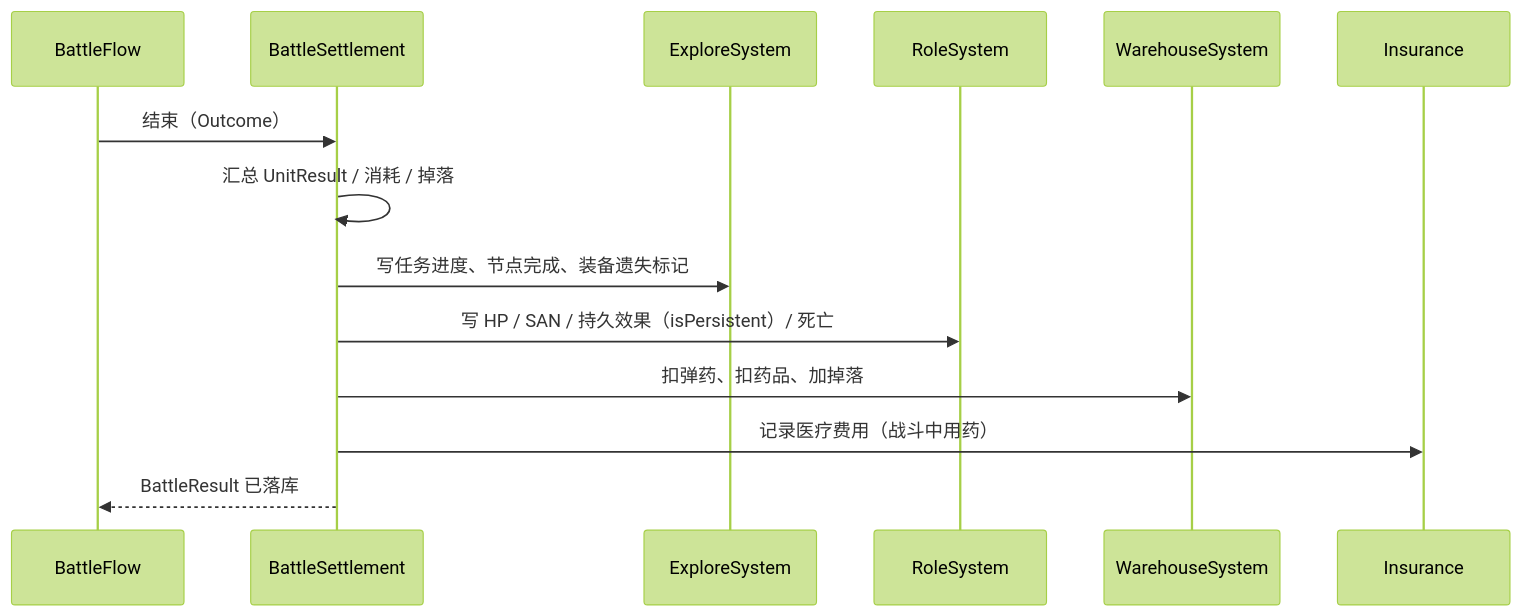
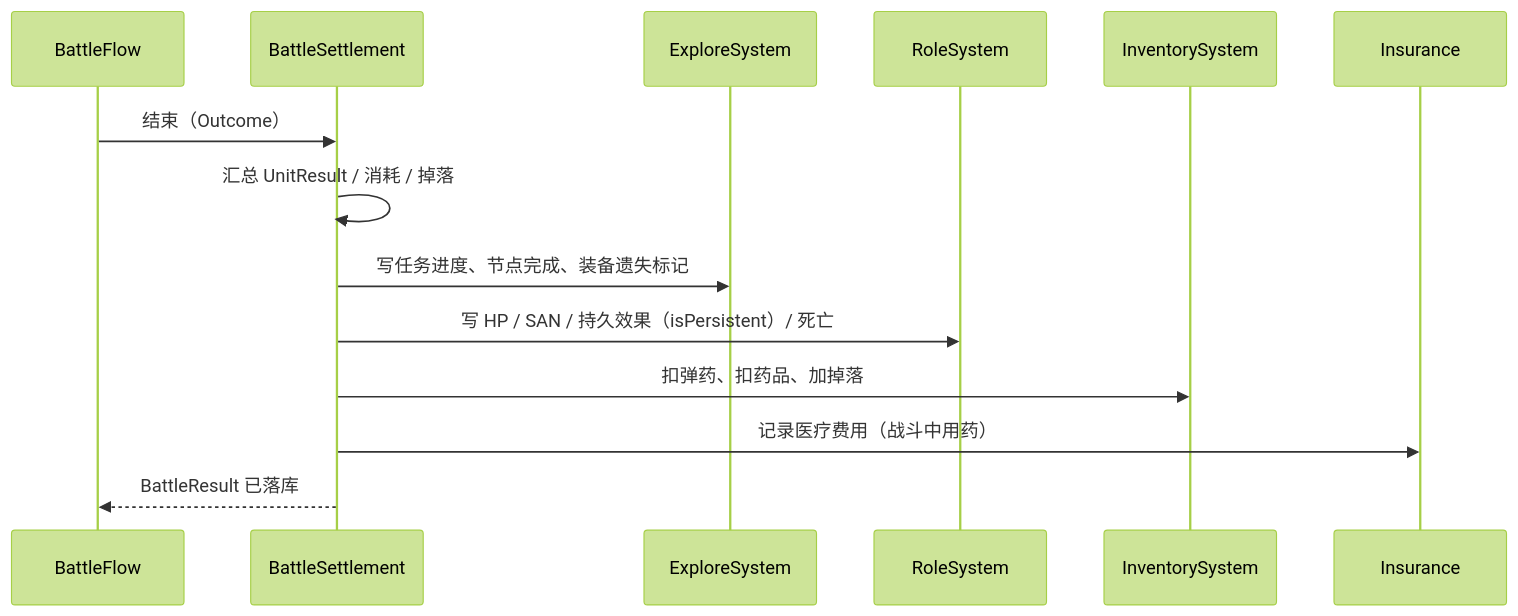
The fourth of 4 diagrams in Docs/战斗系统实现计划.md (benzuowudi/Anomaly-Investigation-Agency), drawn with Mermaid (forest theme) before and after one commit. The commit also changed other lines of this file and 309 other files, not shown here.

````diff
--- a/Docs/战斗系统实现计划.md
+++ b/Docs/战斗系统实现计划.md
@@ -582,17 +582,17 @@
 ```mermaid
 sequenceDiagram
     participant F as BattleFlow
     participant S as BattleSettlement
     participant E as ExploreSystem
     participant R as RoleSystem
-    participant W as WarehouseSystem
+    participant W as InventorySystem
     participant I as Insurance
 
     F->>S: 结束（Outcome）
     S->>S: 汇总 UnitResult / 消耗 / 掉落
     S->>E: 写任务进度、节点完成、装备遗失标记
     S->>R: 写 HP / SAN / 持久效果（isPersistent）/ 死亡
     S->>W: 扣弹药、扣药品、加掉落
     S->>I: 记录医疗费用（战斗中用药）
     S-->>F: BattleResult 已落库
 ```
````
